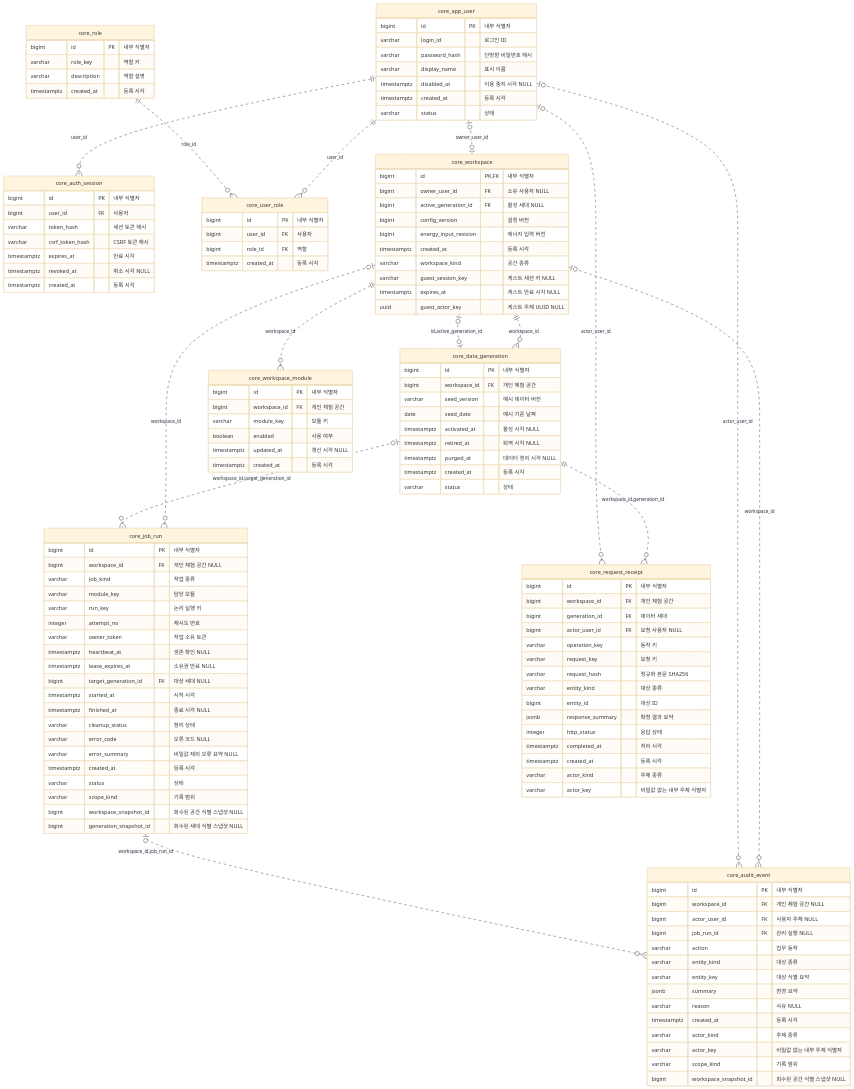
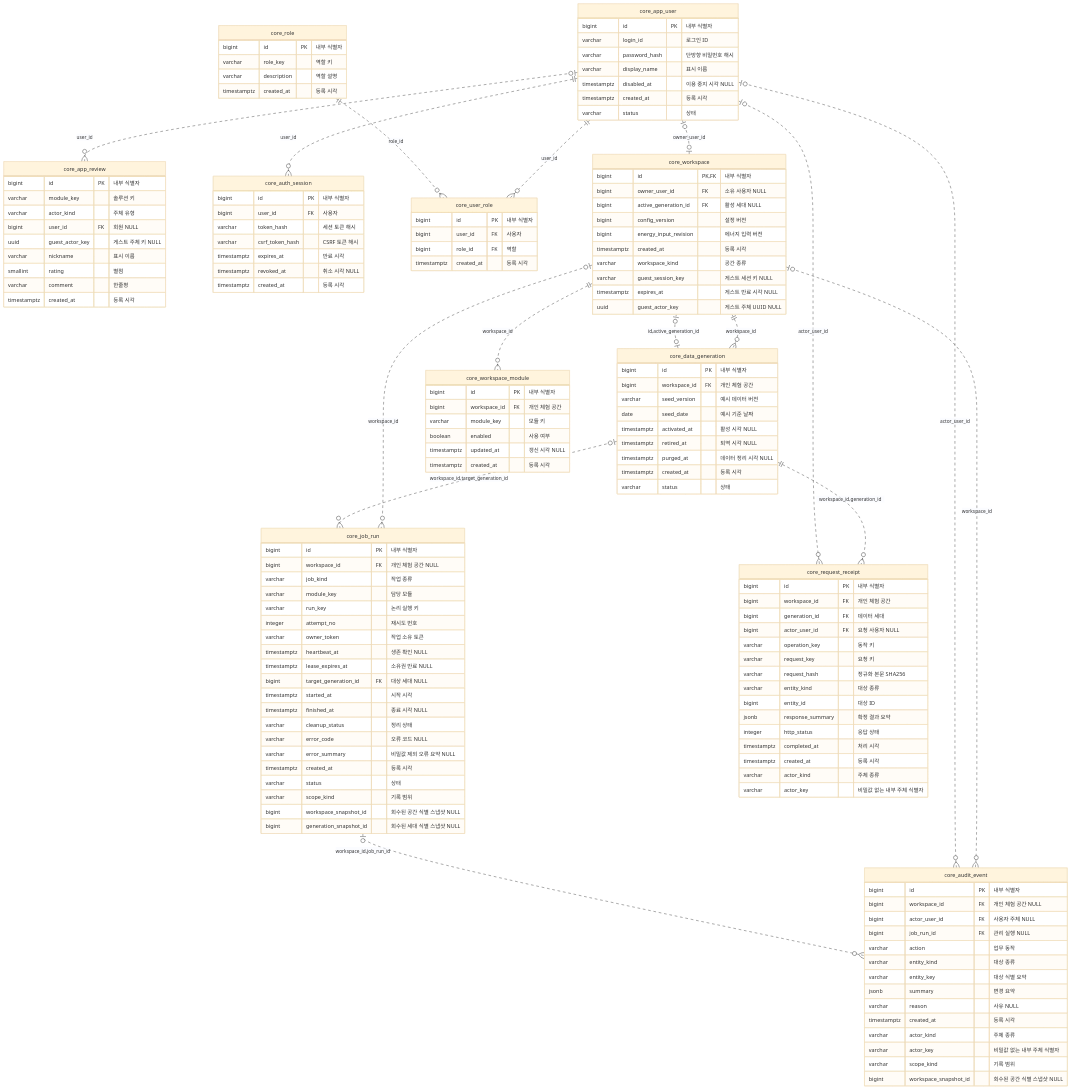
One commit to go8105/factory-studio changed the diagram in docs/architecture/erd/core.mmd. Above: the diagram before and after it, drawn with Mermaid (base theme). The commit also changed 21 other files, not shown here.

Commit message:
WIP FS-040: 런처 평가(별점·한줄평) core.app_review·/reviews API·P-02 평점 줄·패널

```diff
--- a/docs/architecture/erd/core.mmd
+++ b/docs/architecture/erd/core.mmd
@@ -1,131 +1,143 @@
 erDiagram
+  core_app_review {
+    bigint id PK "내부 식별자"
+    varchar module_key "솔루션 키"
+    varchar actor_kind "주체 유형"
+    bigint user_id FK "회원 NULL"
+    uuid guest_actor_key "게스트 주체 키 NULL"
+    varchar nickname "표시 이름"
+    smallint rating "별점"
+    varchar comment "한줄평"
+    timestamptz created_at "등록 시각"
+  }
   core_app_user {
     bigint id PK "내부 식별자"
     varchar login_id "로그인 ID"
     varchar password_hash "단방향 비밀번호 해시"
     varchar display_name "표시 이름"
     timestamptz disabled_at "이용 중지 시각 NULL"
     timestamptz created_at "등록 시각"
     varchar status "상태"
   }
   core_audit_event {
     bigint id PK "내부 식별자"
     bigint workspace_id FK "개인 체험 공간 NULL"
     bigint actor_user_id FK "사용자 주체 NULL"
     bigint job_run_id FK "관리 실행 NULL"
     varchar action "업무 동작"
     varchar entity_kind "대상 종류"
     varchar entity_key "대상 식별 요약"
     jsonb summary "변경 요약"
     varchar reason "사유 NULL"
     timestamptz created_at "등록 시각"
     varchar actor_kind "주체 종류"
     varchar actor_key "비밀값 없는 내부 주체 식별자"
     varchar scope_kind "기록 범위"
     bigint workspace_snapshot_id "회수된 공간 식별 스냅샷 NULL"
   }
   core_auth_session {
     bigint id PK "내부 식별자"
     bigint user_id FK "사용자"
     varchar token_hash "세션 토큰 해시"
     varchar csrf_token_hash "CSRF 토큰 해시"
     timestamptz expires_at "만료 시각"
     timestamptz revoked_at "취소 시각 NULL"
     timestamptz created_at "등록 시각"
   }
   core_data_generation {
     bigint id PK "내부 식별자"
     bigint workspace_id FK "개인 체험 공간"
     varchar seed_version "예시 데이터 버전"
     date seed_date "예시 기준 날짜"
     timestamptz activated_at "활성 시각 NULL"
     timestamptz retired_at "퇴역 시각 NULL"
     timestamptz purged_at "데이터 정리 시각 NULL"
     timestamptz created_at "등록 시각"
     varchar status "상태"
   }
   core_job_run {
     bigint id PK "내부 식별자"
     bigint workspace_id FK "개인 체험 공간 NULL"
     varchar job_kind "작업 종류"
     varchar module_key "담당 모듈"
     varchar run_key "논리 실행 키"
     integer attempt_no "재시도 번호"
     varchar owner_token "작업 소유 토큰"
     timestamptz heartbeat_at "생존 확인 NULL"
     timestamptz lease_expires_at "소유권 만료 NULL"
     bigint target_generation_id FK "대상 세대 NULL"
     timestamptz started_at "시작 시각"
     timestamptz finished_at "종료 시각 NULL"
     varchar cleanup_status "정리 상태"
     varchar error_code "오류 코드 NULL"
     varchar error_summary "비밀값 제외 오류 요약 NULL"
     timestamptz created_at "등록 시각"
     varchar status "상태"
     varchar scope_kind "기록 범위"
     bigint workspace_snapshot_id "회수된 공간 식별 스냅샷 NULL"
     bigint generation_snapshot_id "회수된 세대 식별 스냅샷 NULL"
   }
   core_request_receipt {
     bigint id PK "내부 식별자"
     bigint workspace_id FK "개인 체험 공간"
     bigint generation_id FK "데이터 세대"
     bigint actor_user_id FK "요청 사용자 NULL"
     varchar operation_key "동작 키"
     varchar request_key "요청 키"
     varchar request_hash "정규화 본문 SHA256"
     varchar entity_kind "대상 종류"
     bigint entity_id "대상 ID"
     jsonb response_summary "확정 결과 요약"
     integer http_status "응답 상태"
     timestamptz completed_at "처리 시각"
     timestamptz created_at "등록 시각"
     varchar actor_kind "주체 종류"
     varchar actor_key "비밀값 없는 내부 주체 식별자"
   }
   core_role {
     bigint id PK "내부 식별자"
     varchar role_key "역할 키"
     varchar description "역할 설명"
     timestamptz created_at "등록 시각"
   }
   core_user_role {
     bigint id PK "내부 식별자"
     bigint user_id FK "사용자"
     bigint role_id FK "역할"
     timestamptz created_at "등록 시각"
   }
   core_workspace {
     bigint id PK,FK "내부 식별자"
     bigint owner_user_id FK "소유 사용자 NULL"
     bigint active_generation_id FK "활성 세대 NULL"
     bigint config_version "설정 버전"
     bigint energy_input_revision "에너지 입력 버전"
     timestamptz created_at "등록 시각"
     varchar workspace_kind "공간 종류"
     varchar guest_session_key "게스트 세션 키 NULL"
     timestamptz expires_at "게스트 만료 시각 NULL"
     uuid guest_actor_key "게스트 주체 UUID NULL"
   }
   core_workspace_module {
     bigint id PK "내부 식별자"
     bigint workspace_id FK "개인 체험 공간"
     varchar module_key "모듈 키"
     boolean enabled "사용 여부"
     timestamptz updated_at "갱신 시각 NULL"
     timestamptz created_at "등록 시각"
   }
   core_app_user ||..o{ core_auth_session : "user_id"
   core_app_user ||..o{ core_user_role : "user_id"
   core_role ||..o{ core_user_role : "role_id"
   core_app_user |o..o| core_workspace : "owner_user_id"
   core_workspace ||..o{ core_data_generation : "workspace_id"
   core_data_generation |o..o| core_workspace : "id,active_generation_id"
   core_workspace ||..o{ core_workspace_module : "workspace_id"
   core_workspace |o..o{ core_job_run : "workspace_id"
   core_data_generation |o..o{ core_job_run : "workspace_id,target_generation_id"
   core_workspace |o..o{ core_audit_event : "workspace_id"
   core_app_user |o..o{ core_audit_event : "actor_user_id"
   core_job_run |o..o{ core_audit_event : "workspace_id,job_run_id"
   core_data_generation ||..o{ core_request_receipt : "workspace_id,generation_id"
   core_app_user |o..o{ core_request_receipt : "actor_user_id"
+  core_app_user |o..o{ core_app_review : "user_id"
```
